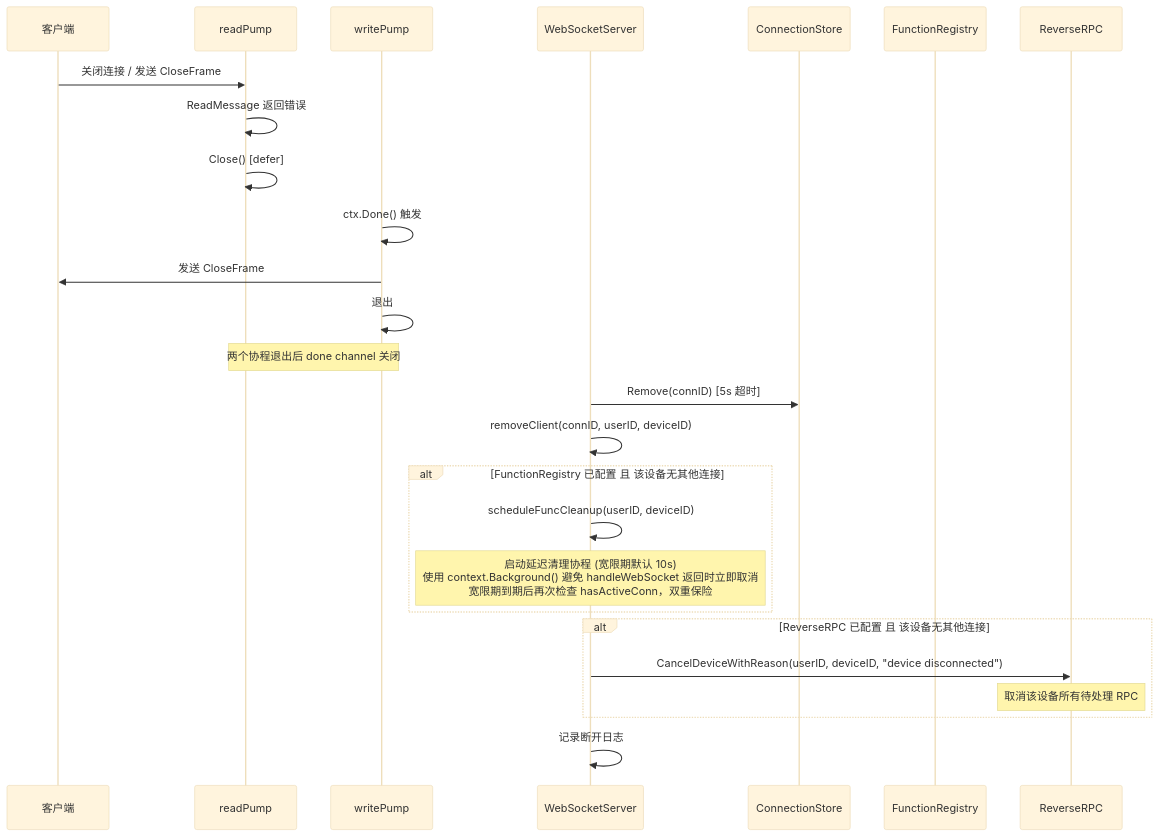
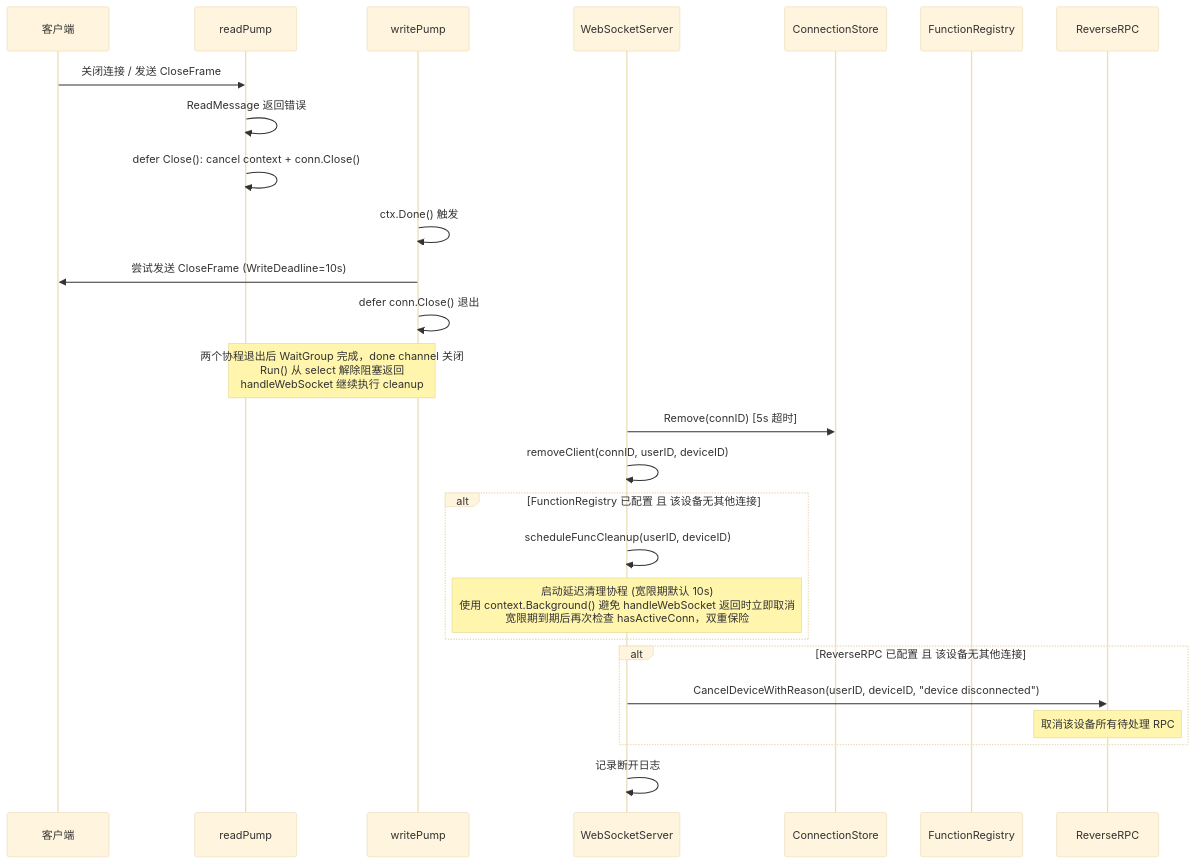
Before and after one commit to PineappleBond/xyncra-server: the ninth of 14 diagrams in wiki/flows/websocket-connection.md, drawn with Mermaid (base theme). The commit also changed other lines of this file and 22 other files, not shown here.

````diff
--- a/wiki/flows/websocket-connection.md
+++ b/wiki/flows/websocket-connection.md
@@ -599,34 +624,34 @@
 ```mermaid
 sequenceDiagram
     participant Client as 客户端
     participant RP as readPump
     participant WP as writePump
     participant WS as WebSocketServer
     participant CS as ConnectionStore
     participant FR as FunctionRegistry
     participant RR as ReverseRPC
 
     Client->>RP: 关闭连接 / 发送 CloseFrame
     RP->>RP: ReadMessage 返回错误
-    RP->>RP: Close() [defer]
+    RP->>RP: defer Close(): cancel context + conn.Close()
     WP->>WP: ctx.Done() 触发
-    WP->>Client: 发送 CloseFrame
-    WP->>WP: 退出
+    WP->>Client: 尝试发送 CloseFrame (WriteDeadline=10s)
+    WP->>WP: defer conn.Close() 退出
 
-    Note over RP,WP: 两个协程退出后 done channel 关闭
+    Note over RP,WP: 两个协程退出后 WaitGroup 完成，done channel 关闭<br/>Run() 从 select 解除阻塞返回<br/>handleWebSocket 继续执行 cleanup
 
     WS->>CS: Remove(connID) [5s 超时]
     WS->>WS: removeClient(connID, userID, deviceID)
 
     alt FunctionRegistry 已配置 且 该设备无其他连接
         WS->>WS: scheduleFuncCleanup(userID, deviceID)
         Note over WS: 启动延迟清理协程 (宽限期默认 10s)<br/>使用 context.Background() 避免 handleWebSocket 返回时立即取消<br/>宽限期到期后再次检查 hasActiveConn，双重保险
     end
 
     alt ReverseRPC 已配置 且 该设备无其他连接
         WS->>RR: CancelDeviceWithReason(userID, deviceID, "device disconnected")
         Note over RR: 取消该设备所有待处理 RPC
     end
 
     WS->>WS: 记录断开日志
 ```
````
